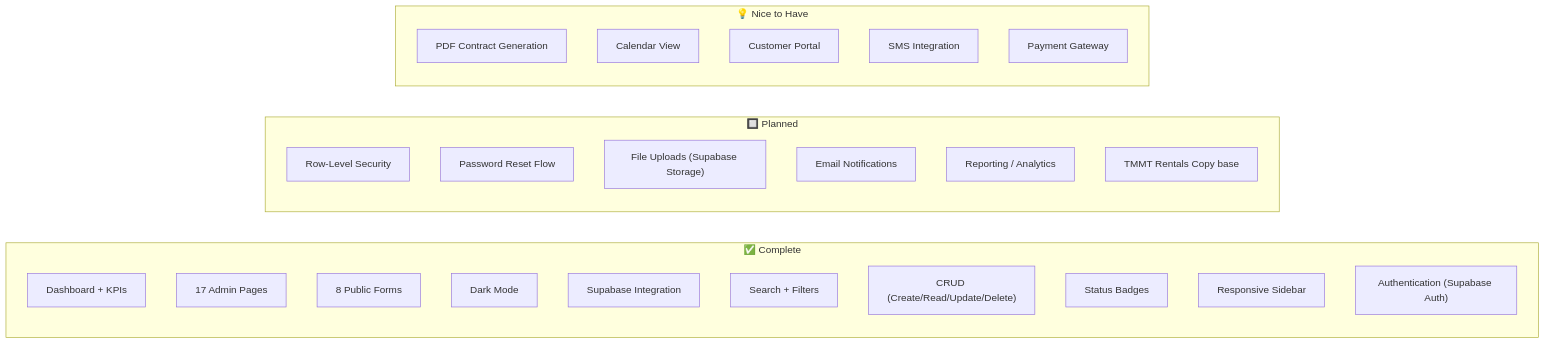
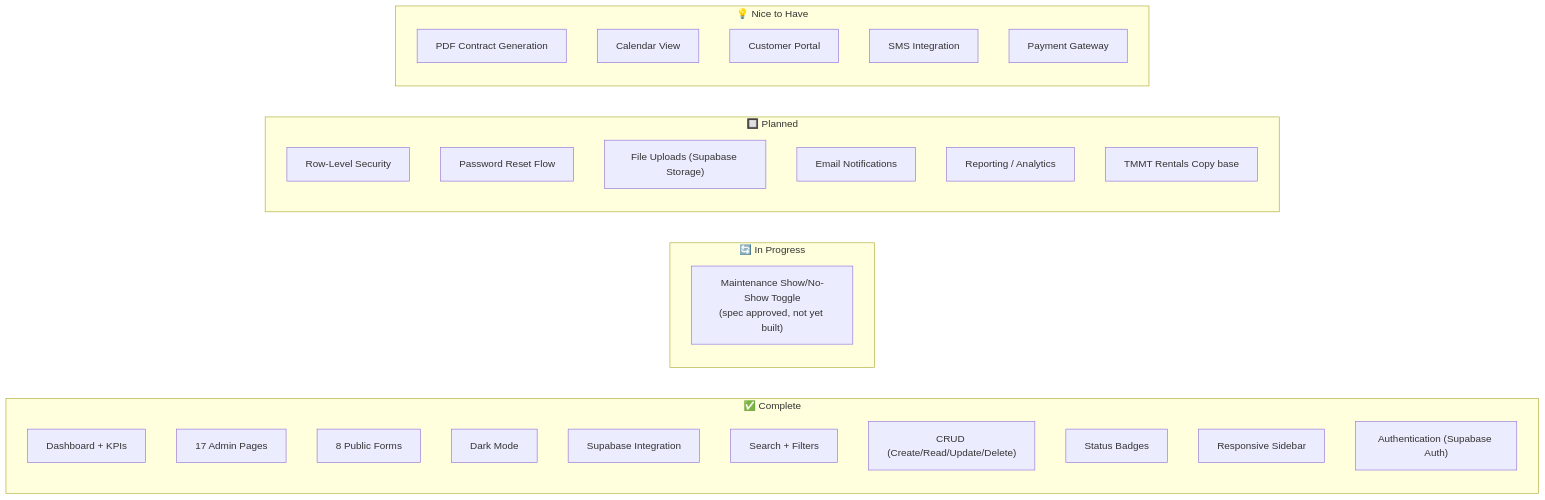
The diagram in docs/STATUS.md (AIXMOS537/TMMT), drawn with Mermaid before and after one commit. The commit also changed other lines of this file and 2 other files, not shown here.

Commit message:
docs: sync ARCHITECTURE, STATUS, README with current codebase state
- ARCHITECTURE: fix layout.tsx, supabase.ts, queries.ts descriptions;
  update mermaid diagrams to use inline supabase.from().upsert() pattern;
  add formatDateTime to utils diagram
- STATUS: bump date to March 28; add In Progress section for maintenance
  toggle; add toggle to Known Issues
- README: align supabase.ts and queries.ts descriptions with reality

````diff
--- a/docs/STATUS.md
+++ b/docs/STATUS.md
@@ -53,32 +53,36 @@
 ```mermaid
 graph LR
     subgraph Done["✅ Complete"]
         D1["Dashboard + KPIs"]
         D2["17 Admin Pages"]
         D3["8 Public Forms"]
         D4["Dark Mode"]
         D5["Supabase Integration"]
         D6["Search + Filters"]
         D7["CRUD (Create/Read/Update/Delete)"]
         D8["Status Badges"]
         D9["Responsive Sidebar"]
         D10["Authentication (Supabase Auth)"]
+    end
+
+    subgraph InProgress["🔄 In Progress"]
+        I1["Maintenance Show/No-Show Toggle<br/>(spec approved, not yet built)"]
     end
 
     subgraph Planned["🔲 Planned"]
         P1["Row-Level Security"]
         P2["Password Reset Flow"]
         P3["File Uploads (Supabase Storage)"]
         P4["Email Notifications"]
         P5["Reporting / Analytics"]
         P6["TMMT Rentals Copy base"]
     end
 
     subgraph NiceToHave["💡 Nice to Have"]
         N1["PDF Contract Generation"]
         N2["Calendar View"]
         N3["Customer Portal"]
         N4["SMS Integration"]
         N5["Payment Gateway"]
     end
 ```
````
